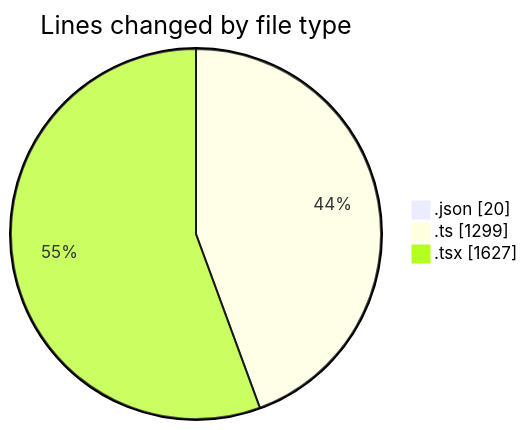
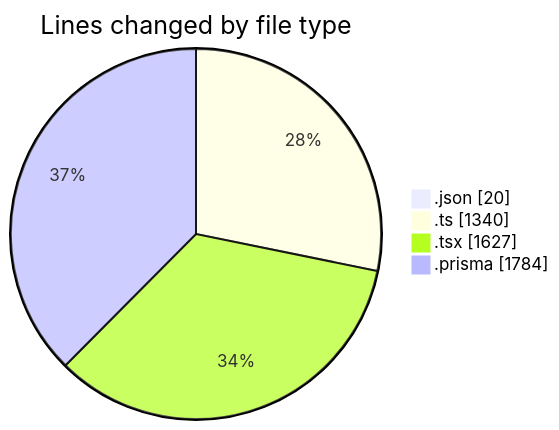
One commit to CELIANVF/code-tracking changed the first of 2 diagrams in 2025-05-15/ecodeli-1/README.md. Above: the diagram before and after it, drawn with Mermaid. The commit also changed other lines of this file and 1 other file, not shown here.

````diff
--- a/2025-05-15/ecodeli-1/README.md
+++ b/2025-05-15/ecodeli-1/README.md
@@ -28,7 +31,8 @@
 ```mermaid
 pie showData
 title Lines changed by file type
 ".json" : 20
-".ts" : 1299
+".ts" : 1340
 ".tsx" : 1627
+".prisma" : 1784
 ```
````
